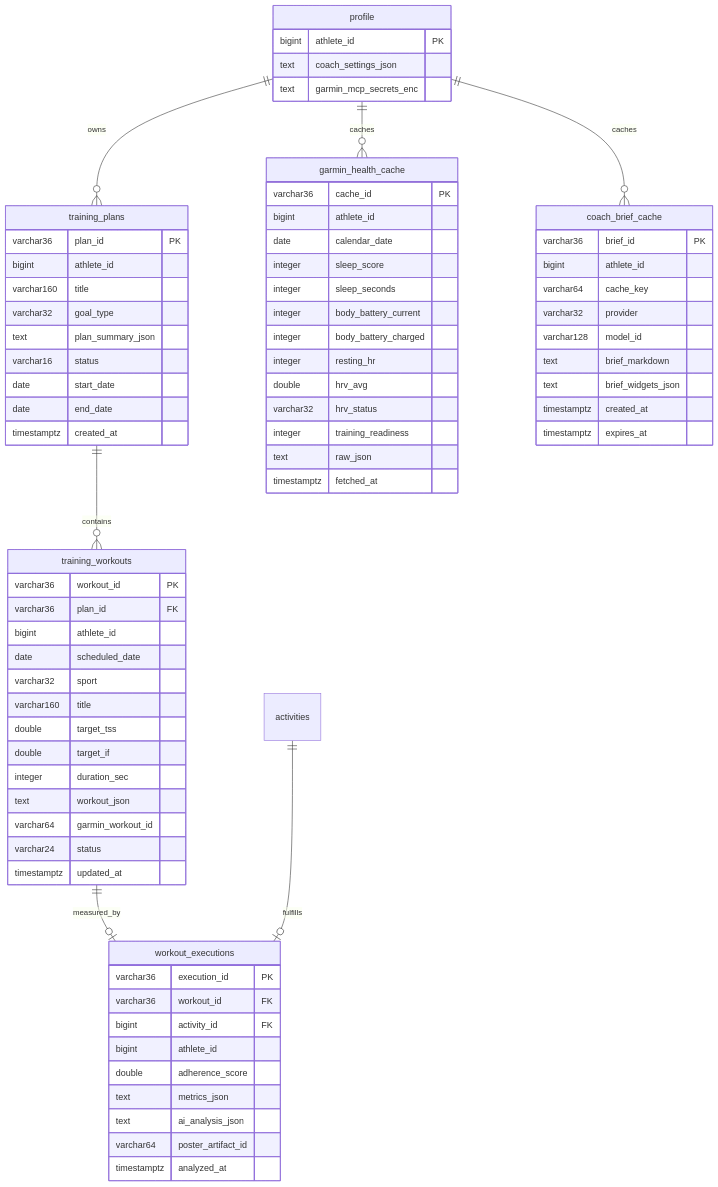
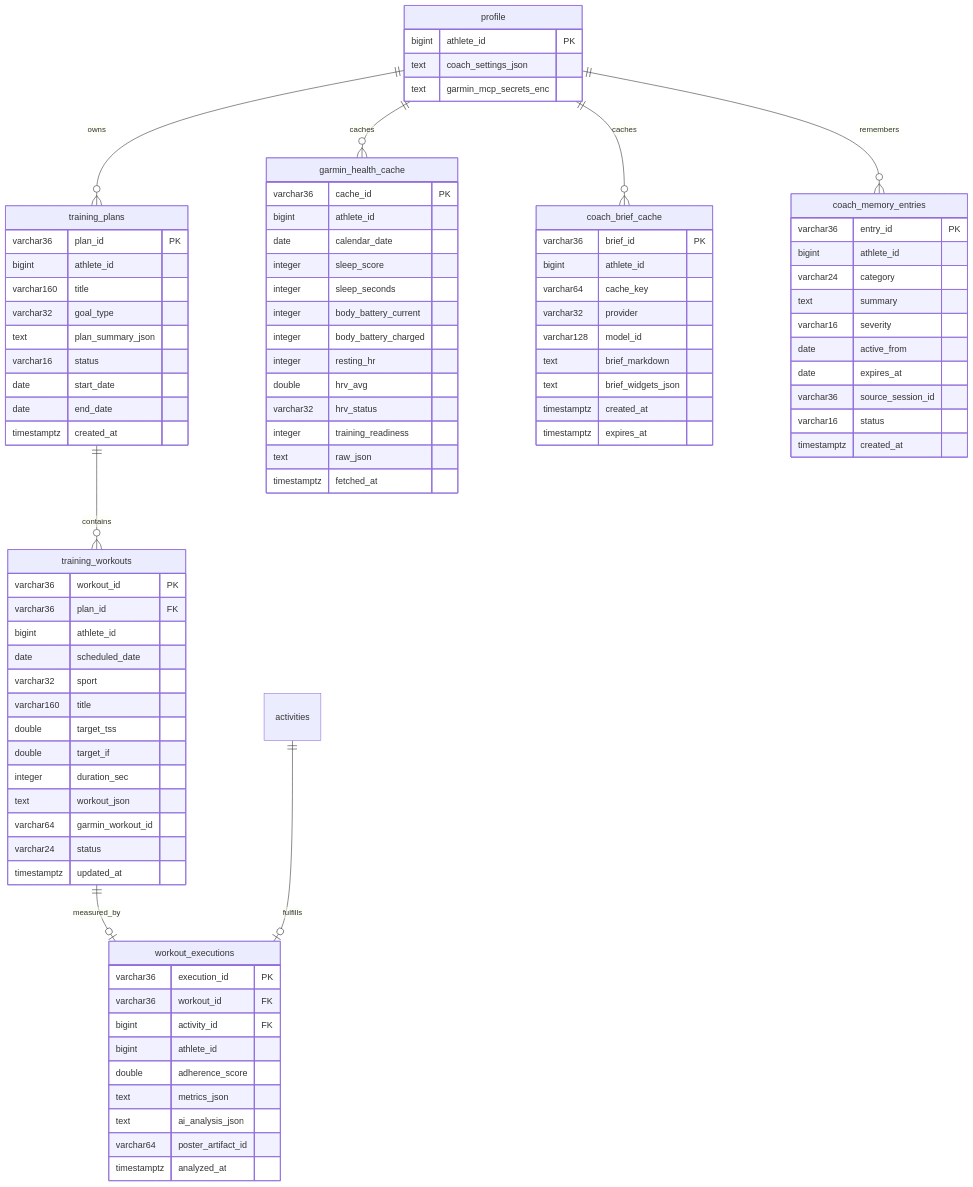
The third of 3 diagrams in docs/concepts/ai-coach.md (lhotakj/kinetiqo), drawn with Mermaid before and after one commit. The commit also changed other lines of this file and 2 other files, not shown here.

Commit message:
feat: add AI coach concept, research, and technical architecture documentation and mockups

````diff
--- a/docs/concepts/ai-coach.md
+++ b/docs/concepts/ai-coach.md
@@ -471,6 +515,7 @@
     activities ||--o| workout_executions : fulfills
     profile ||--o{ garmin_health_cache : caches
     profile ||--o{ coach_brief_cache : caches
+    profile ||--o{ coach_memory_entries : remembers
 
     profile {
         bigint athlete_id PK
@@ -540,4 +585,16 @@
         timestamptz created_at
         timestamptz expires_at
     }
+    coach_memory_entries {
+        varchar36 entry_id PK
+        bigint athlete_id
+        varchar24 category
+        text summary
+        varchar16 severity
+        date active_from
+        date expires_at
+        varchar36 source_session_id
+        varchar16 status
+        timestamptz created_at
+    }
 ```
````
